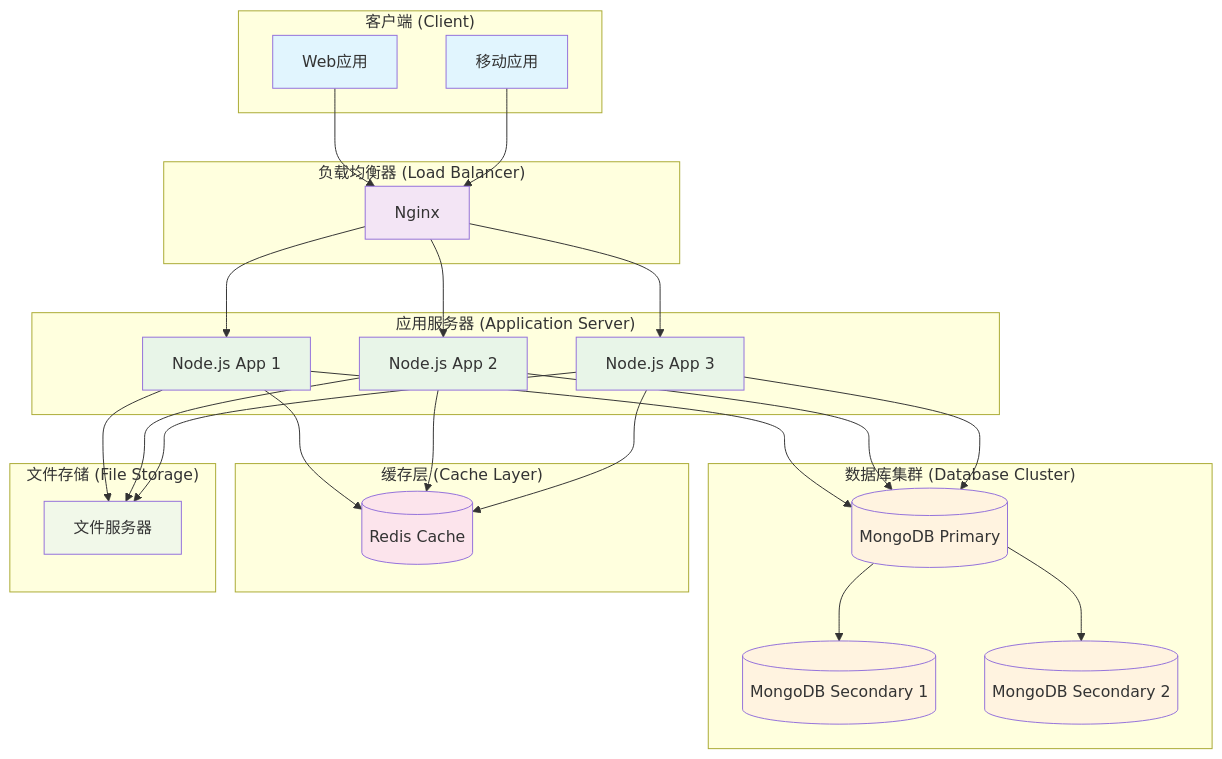
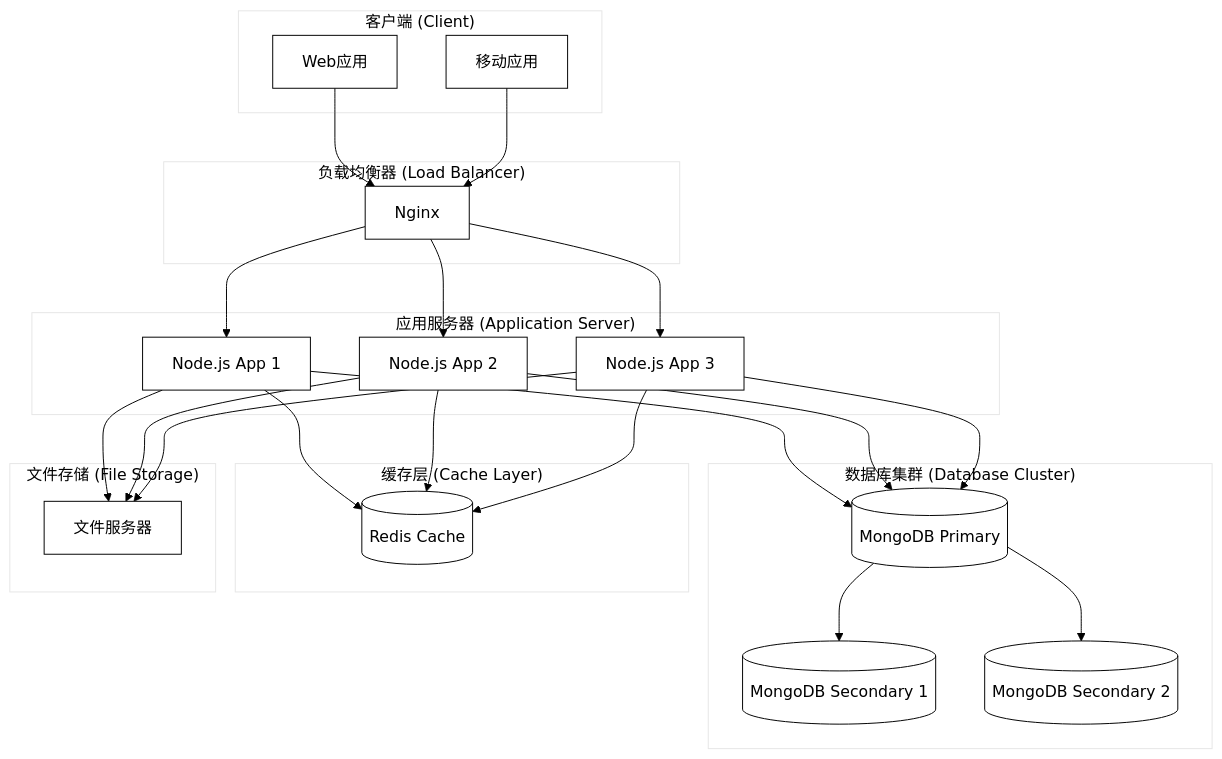
Before and after one commit to hjq-cpu/graduation-project: the fourth of 5 diagrams in chat_system_architecture_mermaid.md, drawn with Mermaid. The commit also changed other lines of this file and 4 other files, not shown here.

````diff
--- a/chat_system_architecture_mermaid.md
+++ b/chat_system_architecture_mermaid.md
@@ -175,66 +150,54 @@
 ```mermaid
+%%{init: {'theme':'base', 'themeVariables': { 'primaryColor': '#ffffff', 'primaryTextColor': '#000000', 'primaryBorderColor': '#000000', 'lineColor': '#000000', 'secondaryColor': '#ffffff', 'tertiaryColor': '#ffffff'}}}%%
 graph TB
     subgraph "客户端 (Client)"
         WebApp[Web应用]
         MobileApp[移动应用]
     end
 
     subgraph "负载均衡器 (Load Balancer)"
         Nginx[Nginx]
     end
 
     subgraph "应用服务器 (Application Server)"
         App1[Node.js App 1]
         App2[Node.js App 2]
         App3[Node.js App 3]
     end
 
     subgraph "数据库集群 (Database Cluster)"
         Mongo1[(MongoDB Primary)]
         Mongo2[(MongoDB Secondary 1)]
         Mongo3[(MongoDB Secondary 2)]
     end
 
     subgraph "缓存层 (Cache Layer)"
         Redis[(Redis Cache)]
     end
 
     subgraph "文件存储 (File Storage)"
         FileServer[文件服务器]
     end
 
     WebApp --> Nginx
     MobileApp --> Nginx
     Nginx --> App1
     Nginx --> App2
     Nginx --> App3
     
     App1 --> Mongo1
     App2 --> Mongo1
     App3 --> Mongo1
     
     Mongo1 --> Mongo2
     Mongo1 --> Mongo3
     
     App1 --> Redis
     App2 --> Redis
     App3 --> Redis
     
     App1 --> FileServer
     App2 --> FileServer
     App3 --> FileServer
 
-    classDef client fill:#e1f5fe
-    classDef loadBalancer fill:#f3e5f5
-    classDef appServer fill:#e8f5e8
-    classDef database fill:#fff3e0
-    classDef cache fill:#fce4ec
-    classDef storage fill:#f1f8e9
-
-    class WebApp,MobileApp client
-    class Nginx loadBalancer
-    class App1,App2,App3 appServer
-    class Mongo1,Mongo2,Mongo3 database
-    class Redis cache
-    class FileServer storage
 ```
````
